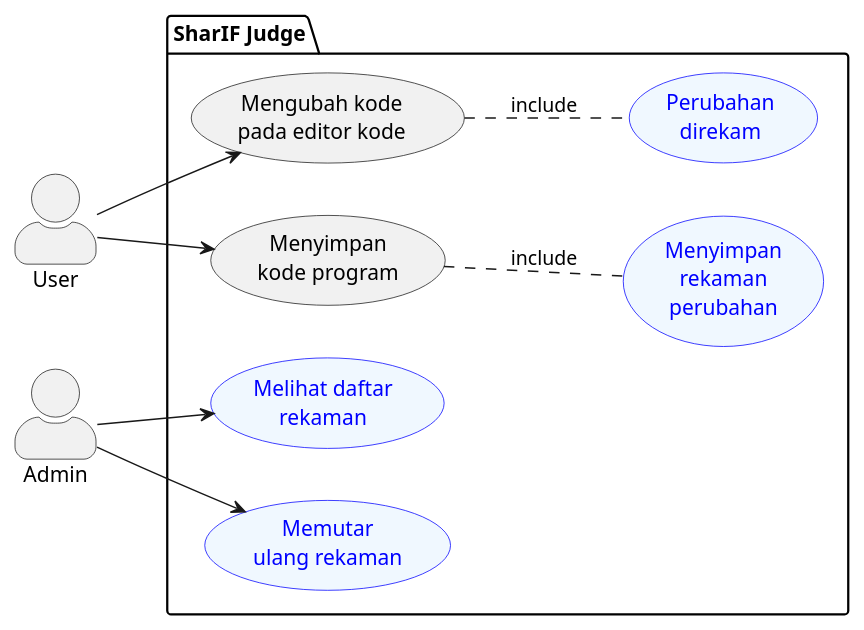
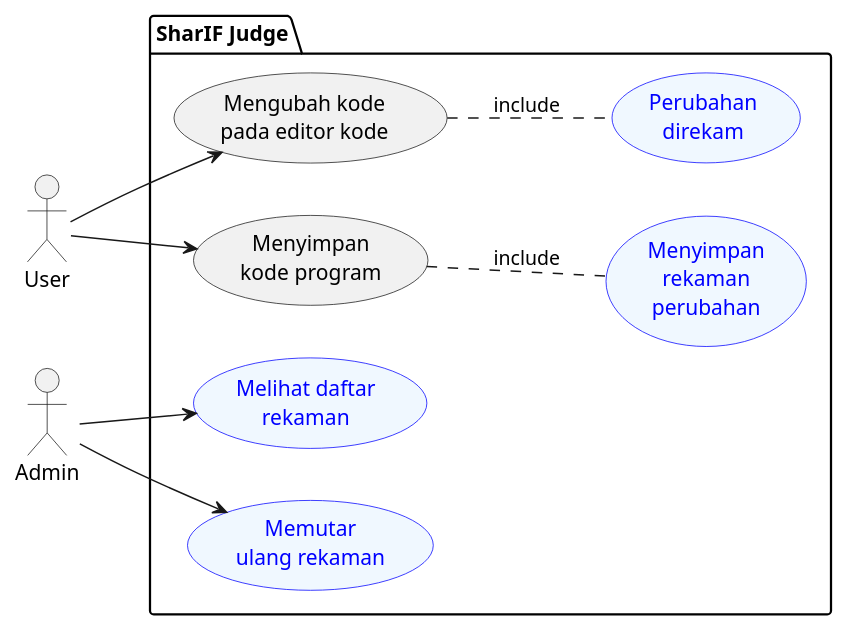
Before and after one commit to AndreasRonaldi/Skripsi: the diagram in doc/DokumenSkripsi/Diagram/3.usecase.puml, drawn with PlantUML. The commit also changed 11 other files, not shown here.

Commit message:
[3] add analisis assets and change format diagram to be uml

```diff
--- a/doc/DokumenSkripsi/Diagram/3.usecase.puml
+++ b/doc/DokumenSkripsi/Diagram/3.usecase.puml
@@ -1,23 +1,23 @@
 @startuml usecase
 left to right direction
-skinparam actorStyle awesome 
+' skinparam actorStyle awesome 
 
 actor User as u
 actor Admin as a
 
 package "SharIF Judge" {
     usecase "Mengubah kode\npada editor kode" as eek
     usecase "Menyimpan\nkode program" as skp
     usecase "Perubahan\ndirekam" as mk #aliceblue;line:blue;text:blue
     usecase "Menyimpan\nrekaman\nperubahan" as kds #aliceblue;line:blue;text:blue
     usecase "Melihat daftar\nrekaman" as mur #aliceblue;line:blue;text:blue
     usecase "Memutar\nulang rekaman" as muk #aliceblue;line:blue;text:blue
 }
 
 u --> eek
 eek .. mk : include
 u --> skp
 skp .. kds : include
 a --> mur
 a --> muk
 @enduml
```
